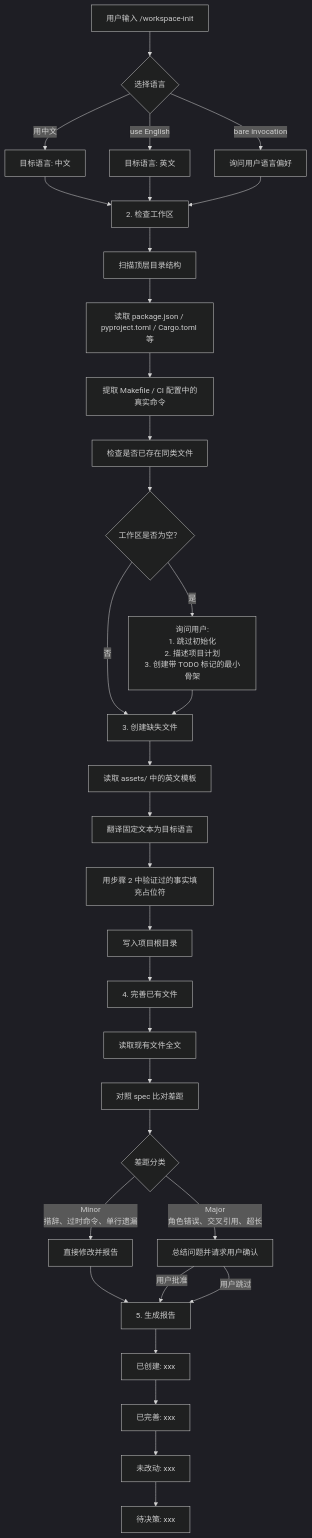
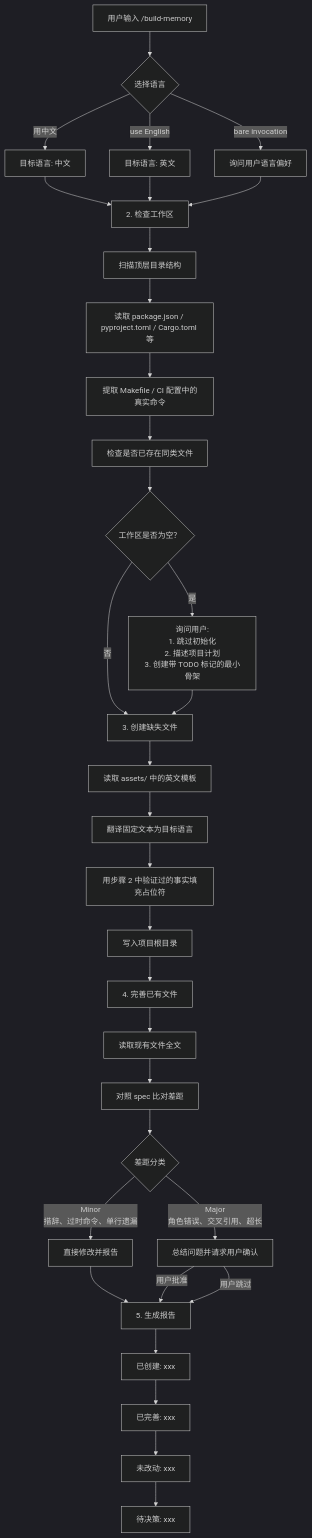
One commit to max-doo/build-memory changed the first of 3 diagrams in README-zh.md. Above: the diagram before and after it, drawn with Mermaid (dark theme). The commit also changed other lines of this file and 30 other files, not shown here.

First line of the commit message:
feat: rename project to build-memory and add structured session log tool

````diff
--- a/README-zh.md
+++ b/README-zh.md
@@ -107,44 +117,44 @@
 ```mermaid
 flowchart TD
-    A["用户输入 /workspace-init"] --> B{"选择语言"}
+    A["用户输入 /build-memory"] --> B{"选择语言"}
     B --> |"用中文"| C["目标语言: 中文"]
     B --> |"use English"| D["目标语言: 英文"]
     B --> |"bare invocation"| E["询问用户语言偏好"]
 
     C --> F["2. 检查工作区"]
     D --> F
     E --> F
 
     F --> F1["扫描顶层目录结构"]
     F1 --> F2["读取 package.json / pyproject.toml / Cargo.toml 等"]
     F2 --> F3["提取 Makefile / CI 配置中的真实命令"]
     F3 --> F4["检查是否已存在同类文件"]
 
     F4 --> G{"工作区是否为空？"}
     G --> |"是"| H["询问用户:<br/>1. 跳过初始化<br/>2. 描述项目计划<br/>3. 创建带 TODO 标记的最小骨架"]
     G --> |"否"| I["3. 创建缺失文件"]
 
     H --> I
 
     I --> I1["读取 assets/ 中的英文模板"]
     I1 --> I2["翻译固定文本为目标语言"]
     I2 --> I3["用步骤 2 中验证过的事实填充占位符"]
     I3 --> I4["写入项目根目录"]
 
     I4 --> J["4. 完善已有文件"]
     J --> J1["读取现有文件全文"]
     J1 --> J2["对照 spec 比对差距"]
     J2 --> J3{"差距分类"}
 
     J3 --> |"Minor<br/>措辞、过时命令、单行遗漏"| K["直接修改并报告"]
     J3 --> |"Major<br/>角色错误、交叉引用、超长"| L["总结问题并请求用户确认"]
 
     K --> M["5. 生成报告"]
     L --> |"用户批准"| M
     L --> |"用户跳过"| M
 
     M --> M1["已创建: xxx"]
     M1 --> M2["已完善: xxx"]
     M2 --> M3["未改动: xxx"]
     M3 --> M4["待决策: xxx"]
 ```
````
